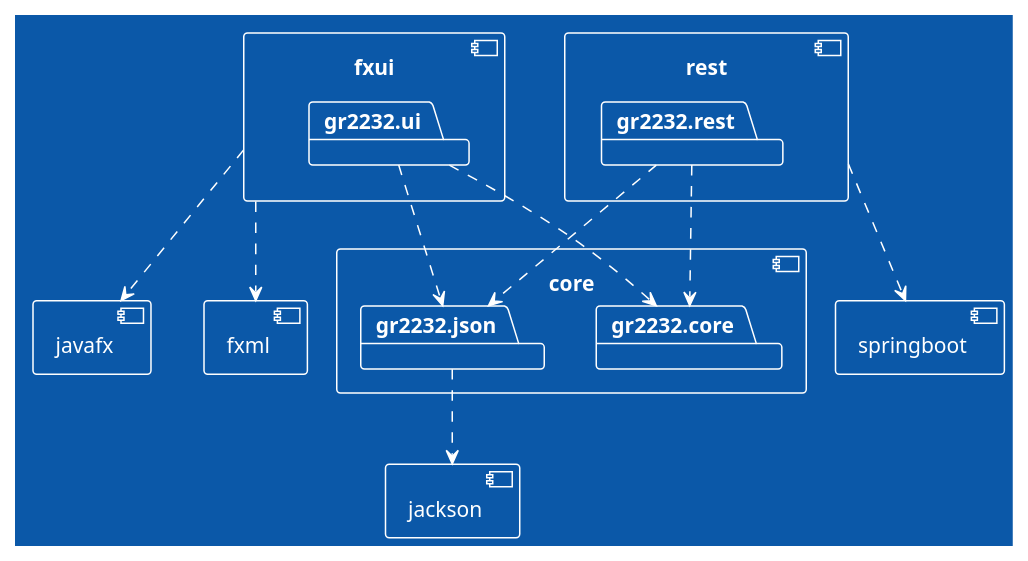
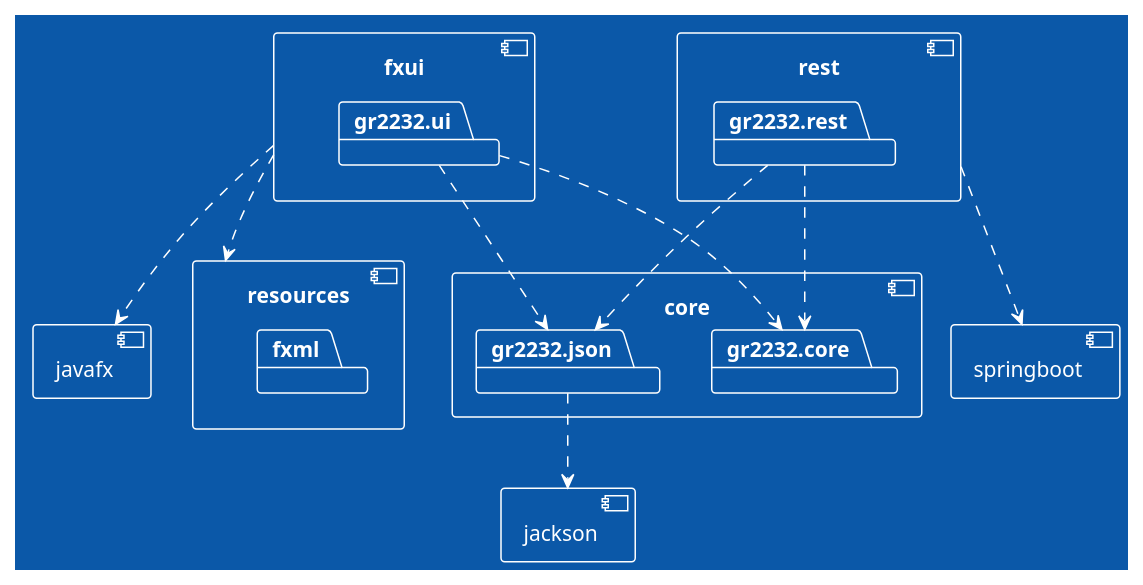
Before and after one commit to YounesBB/Storage_Rental: the diagram in gr2232/docs/release2/packageDiagram.puml, drawn with PlantUML. The commit also changed 2 other files, not shown here.

Commit message:
docs: wrote diagrams
updated diagrams and added rest class diagram

closes #63

```diff
--- a/gr2232/docs/release2/packageDiagram.puml
+++ b/gr2232/docs/release2/packageDiagram.puml
@@ -1,29 +1,33 @@
 @startuml
 !theme amiga
 Component fxui {
   package "gr2232.ui" 
 
 } 
 fxui ..> [javafx]
-fxui ..> [fxml]
+fxui ..> resources
 
 Component core {
   package "gr2232.core"
   package "gr2232.json"
 
+}
+
+Component resources{
+  package "fxml"
 }
 
 gr2232.json ..> [jackson]
 
 Component rest {
   package "gr2232.rest" 
 } 
 
 rest ..> [springboot]
 gr2232.rest ..> gr2232.core
 gr2232.rest ..> gr2232.json
 
 
 gr2232.ui ..> gr2232.core
 gr2232.ui ..> gr2232.json
 @enduml
```
